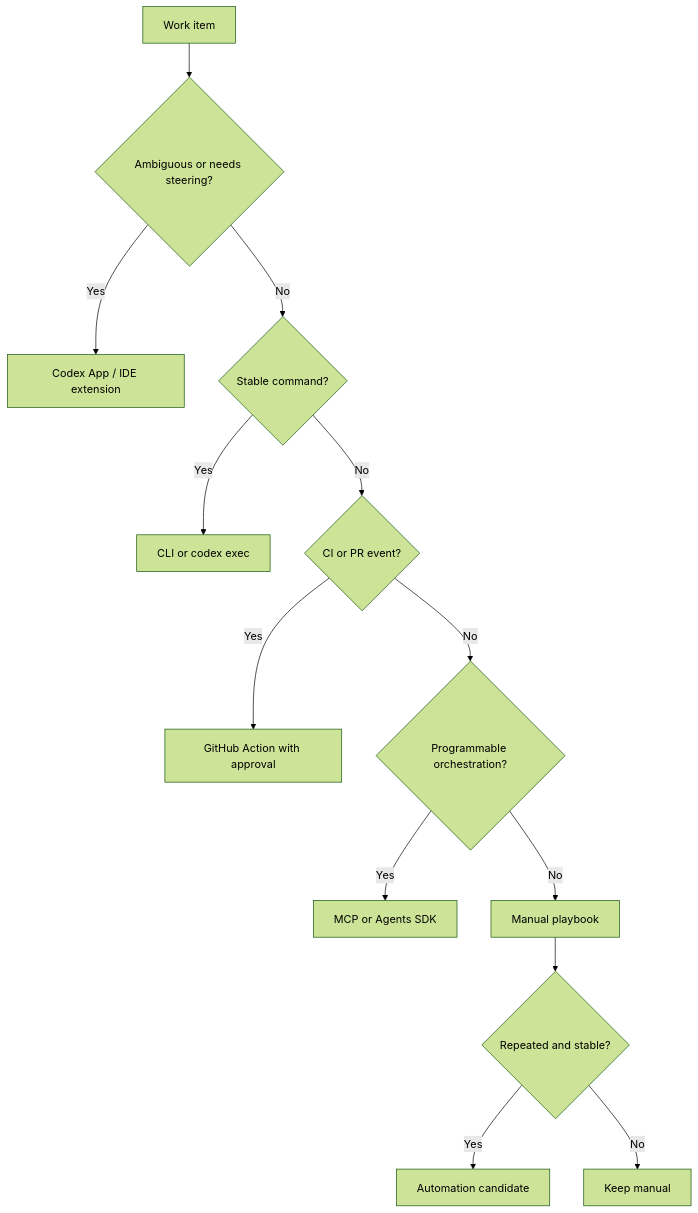
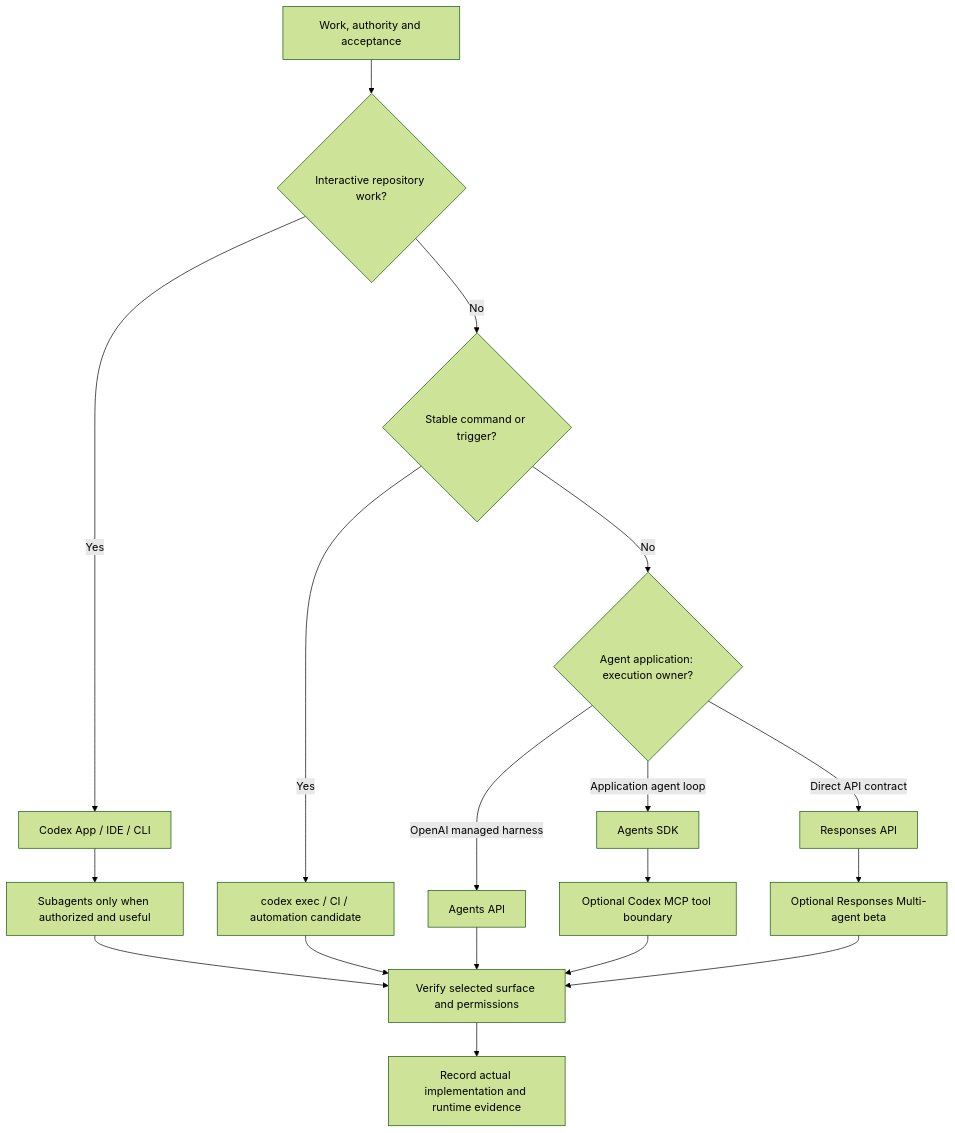
The diagram in docs/diagrams/runtime-decision-map.en.md (alexroadcaster/product-agent-os), drawn with Mermaid (forest theme) before and after one commit. The commit also changed other lines of this file and 122 other files, not shown here.

````diff
--- a/docs/diagrams/runtime-decision-map.en.md
+++ b/docs/diagrams/runtime-decision-map.en.md
@@ -7,15 +7,20 @@
 ```mermaid
 flowchart TD
-    A["Work item"] --> B{"Ambiguous or needs steering?"}
-    B -->|Yes| C["Codex App / IDE extension"]
-    B -->|No| D{"Stable command?"}
-    D -->|Yes| E["CLI or codex exec"]
-    D -->|No| F{"CI or PR event?"}
-    F -->|Yes| G["GitHub Action with approval"]
-    F -->|No| H{"Programmable orchestration?"}
-    H -->|Yes| I["MCP or Agents SDK"]
-    H -->|No| J["Manual playbook"]
-    J --> K{"Repeated and stable?"}
-    K -->|Yes| L["Automation candidate"]
-    K -->|No| M["Keep manual"]
+    A["Work, authority and acceptance"] --> B{"Interactive repository work?"}
+    B -->|Yes| C["Codex App / IDE / CLI"]
+    C --> D["Subagents only when authorized and useful"]
+    B -->|No| E{"Stable command or trigger?"}
+    E -->|Yes| F["codex exec / CI / automation candidate"]
+    E -->|No| G{"Agent application: execution owner?"}
+    G -->|OpenAI managed harness| H["Agents API"]
+    G -->|Application agent loop| I["Agents SDK"]
+    G -->|Direct API contract| J["Responses API"]
+    J --> K["Optional Responses Multi-agent beta"]
+    I --> M["Optional Codex MCP tool boundary"]
+    D --> V["Verify selected surface and permissions"]
+    F --> V
+    H --> V
+    M --> V
+    K --> V
+    V --> W["Record actual implementation and runtime evidence"]
 ```
````
